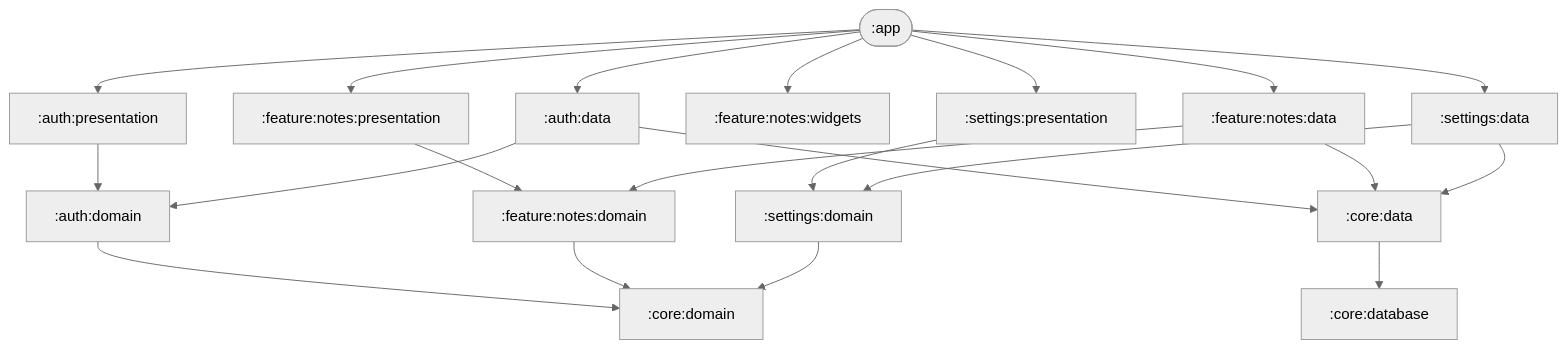
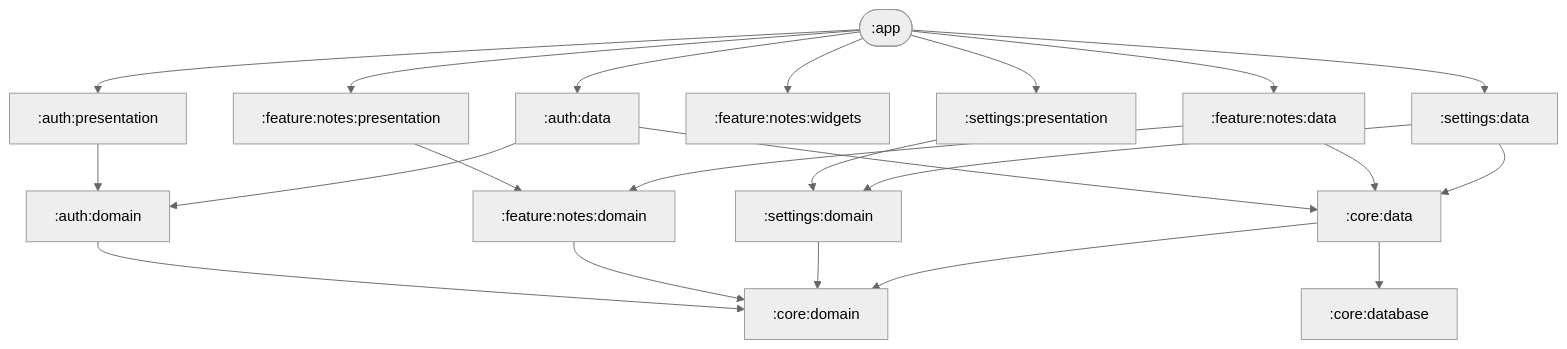
The diagram in README.md (KirillYakub/Noter), drawn with Mermaid (neutral theme) before and after one commit.

Commit message:
Readme update

````diff
--- a/README.md
+++ b/README.md
@@ -14,30 +14,33 @@
 ```mermaid
 graph TD
     %% App Layer (Composition Root)
     App([:app]) --> AuthPres[:auth:presentation]
     App --> NotesPres[:feature:notes:presentation]
     App --> SettPres[:settings:presentation]
     App --> Widgets[:feature:notes:widgets]
     App --> AuthData[:auth:data]
     App --> NotesData[:feature:notes:data]
     App --> SettData[:settings:data]
 
     %% Presentation Layer depends strictly on Domain
     AuthPres --> AuthDom[:auth:domain]
     NotesPres --> NotesDom[:feature:notes:domain]
     SettPres --> SettDom[:settings:domain]
 
     %% Data Layer implements Domain interfaces
     AuthData --> AuthDom
     NotesData --> NotesDom
     SettData --> SettDom
 
-    %% Core Foundations
+    %% Core Foundations & Cross-Module Dependencies
     AuthDom --> CoreDom[:core:domain]
     NotesDom --> CoreDom
     SettDom --> CoreDom
+    
     AuthData --> CoreData[:core:data]
     NotesData --> CoreData
     SettData --> CoreData
+    
+    CoreData --> CoreDom
     CoreData --> CoreDb[:core:database]
 ```
````
